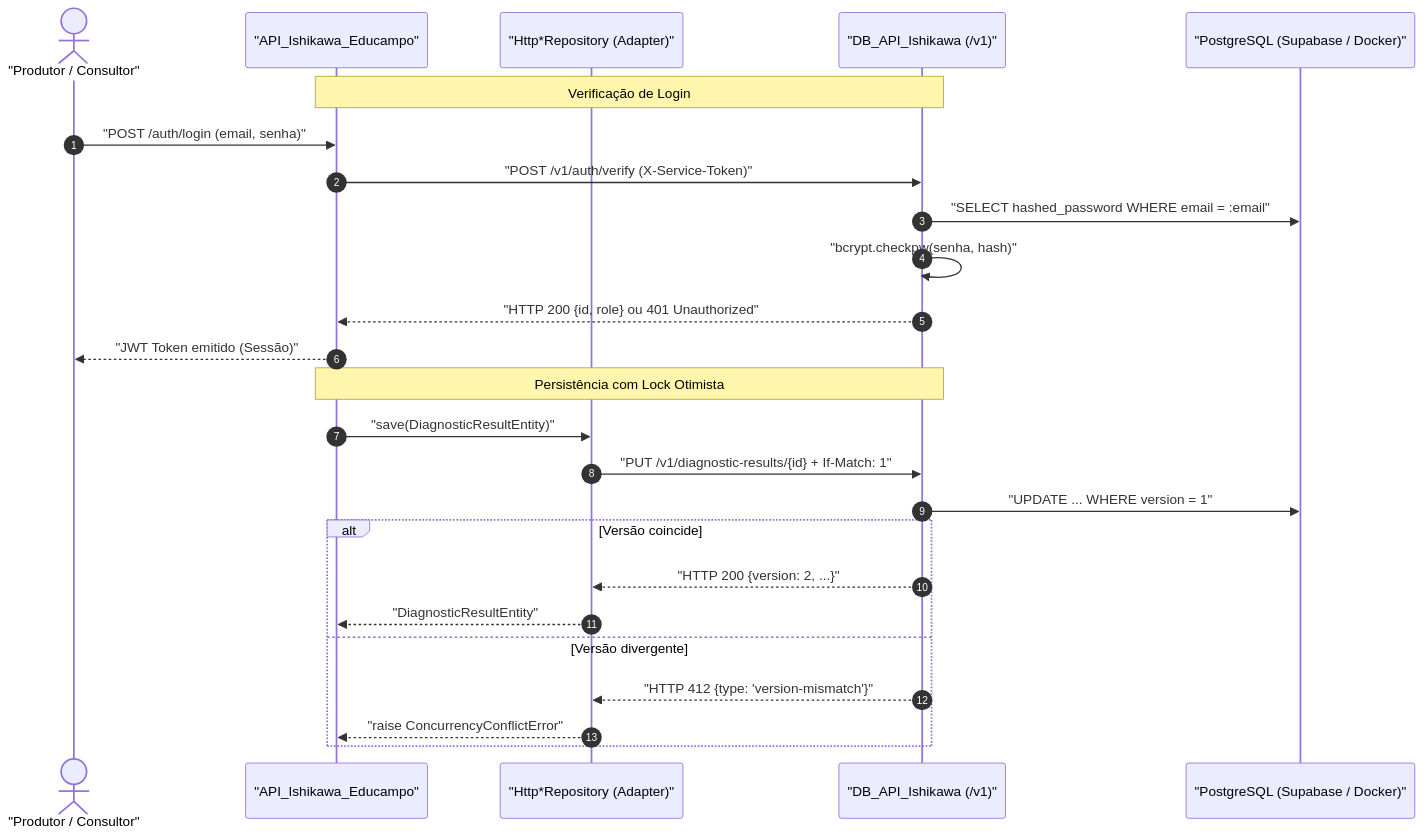
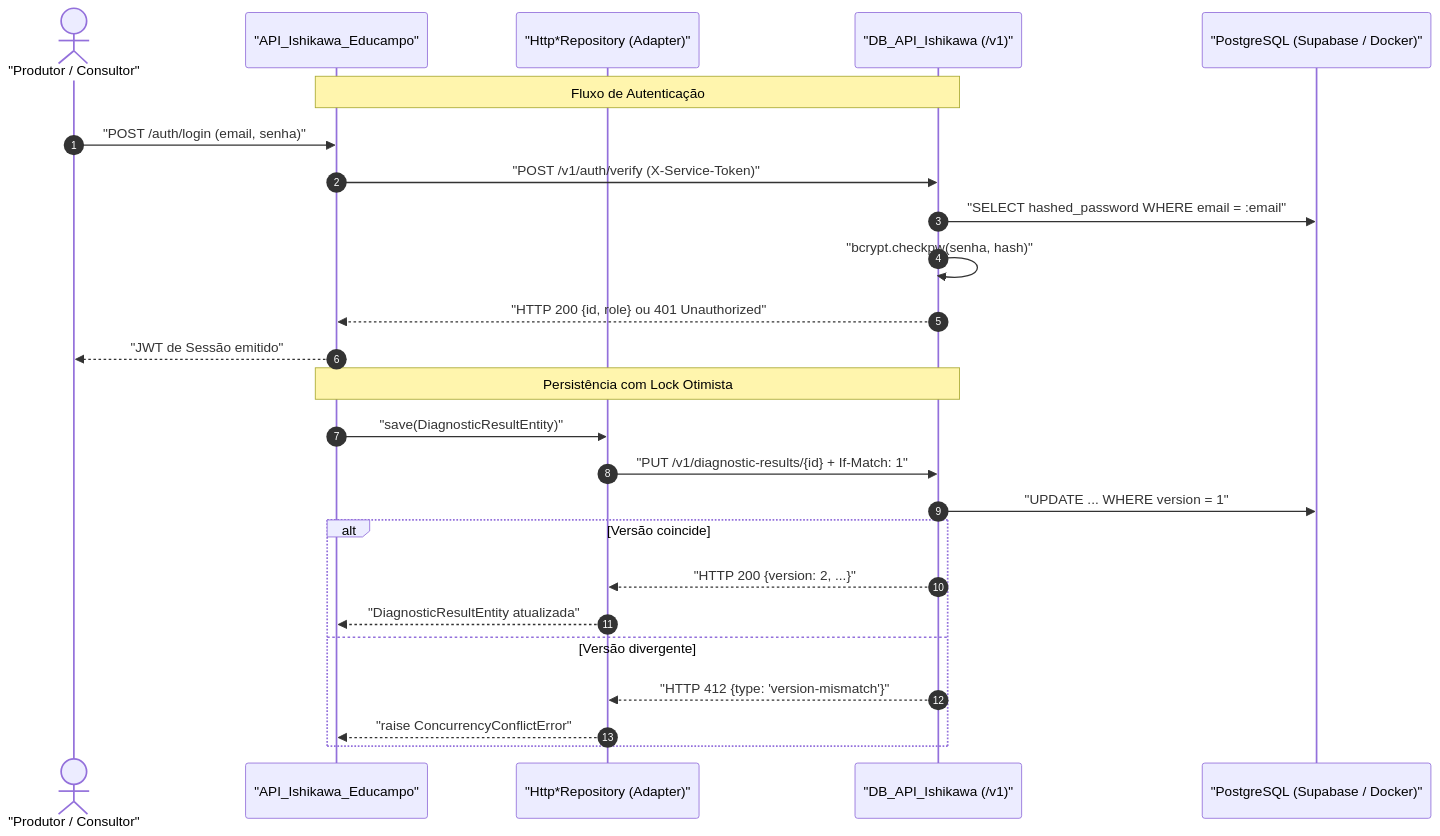
One commit to MarcosVeniciu/DB_API_Ishikawa changed the diagram in docs/client_integration_guide.md. Above: the diagram before and after it, drawn with Mermaid. The commit also changed other lines of this file and 35 other files, not shown here.

Commit message:
docs(architecture): sync module readmes and enrich codebase docstrings with obsidian traceability

````diff
--- a/docs/client_integration_guide.md
+++ b/docs/client_integration_guide.md
@@ -13,29 +18,29 @@
 ```mermaid
 sequenceDiagram
     autonumber
     actor User as "Produtor / Consultor"
     participant API as "API_Ishikawa_Educampo"
     participant Adapter as "Http*Repository (Adapter)"
     participant DBAPI as "DB_API_Ishikawa (/v1)"
     participant PG as "PostgreSQL (Supabase / Docker)"
 
-    Note over API, DBAPI: Verificação de Login
+    Note over API, DBAPI: Fluxo de Autenticação
     User->>API: "POST /auth/login (email, senha)"
     API->>DBAPI: "POST /v1/auth/verify (X-Service-Token)"
     DBAPI->>PG: "SELECT hashed_password WHERE email = :email"
     DBAPI->>DBAPI: "bcrypt.checkpw(senha, hash)"
     DBAPI-->>API: "HTTP 200 {id, role} ou 401 Unauthorized"
-    API-->>User: "JWT Token emitido (Sessão)"
+    API-->>User: "JWT de Sessão emitido"
 
     Note over API, DBAPI: Persistência com Lock Otimista
     API->>Adapter: "save(DiagnosticResultEntity)"
     Adapter->>DBAPI: "PUT /v1/diagnostic-results/{id} + If-Match: 1"
     DBAPI->>PG: "UPDATE ... WHERE version = 1"
     alt Versão coincide
         DBAPI-->>Adapter: "HTTP 200 {version: 2, ...}"
-        Adapter-->>API: "DiagnosticResultEntity"
+        Adapter-->>API: "DiagnosticResultEntity atualizada"
     else Versão divergente
         DBAPI-->>Adapter: "HTTP 412 {type: 'version-mismatch'}"
         Adapter-->>API: "raise ConcurrencyConflictError"
     end
 ```
````
